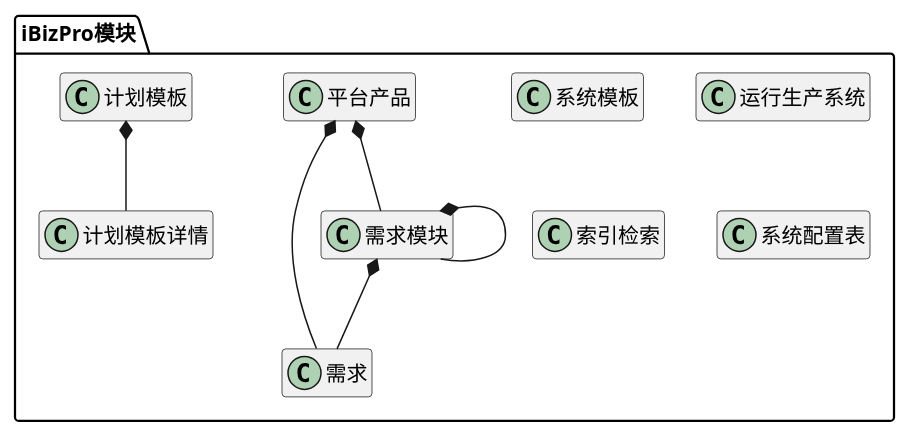
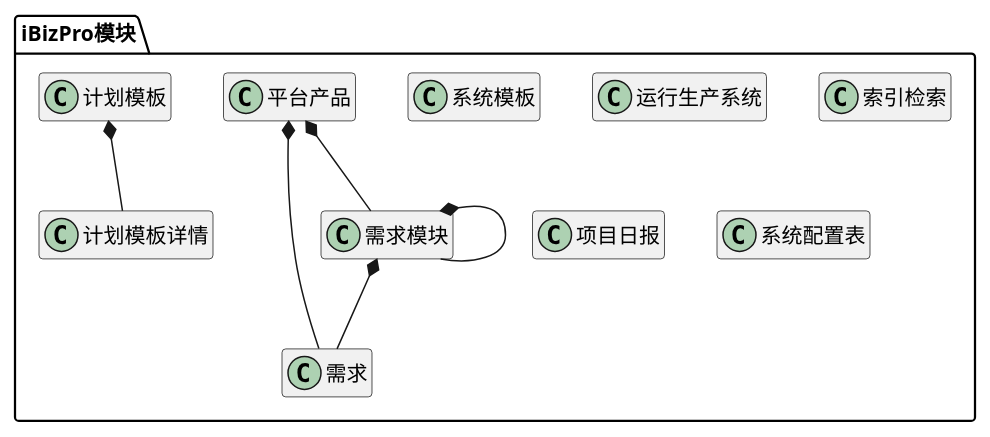
Before and after one commit to zj335841911/nt_chandao: the diagram in ibizpms-docs/src/main/doc/v1/module/ibizpro.md, drawn with PlantUML. The commit also changed other lines of this file and 92 other files, not shown here.

```diff
--- a/ibizpms-docs/src/main/doc/v1/module/ibizpro.md
+++ b/ibizpms-docs/src/main/doc/v1/module/ibizpro.md
@@ -6,53 +6,56 @@
 {% plantuml %}
 
 package iBizPro模块 {
 
 class 平台产品 {
 }
 
 class 需求 {
 }
 
 class 需求模块 {
 }
 
 class 系统模板 {
 }
 
 class 运行生产系统 {
 }
 
 class 索引检索 {
+}
+
+class 项目日报 {
 }
 
 class 计划模板 {
 }
 
 class 计划模板详情 {
 }
 
 class 系统配置表 {
 }
 
 
 平台产品 *-- 需求模块 
 
 
 需求模块 *-- 需求模块 
 
 
 平台产品 *-- 需求 
 
 
 需求模块 *-- 需求 
 
 
 计划模板 *-- 计划模板详情 
 
 
 
 }
 
 hide members
 
 {% endplantuml %}
```
